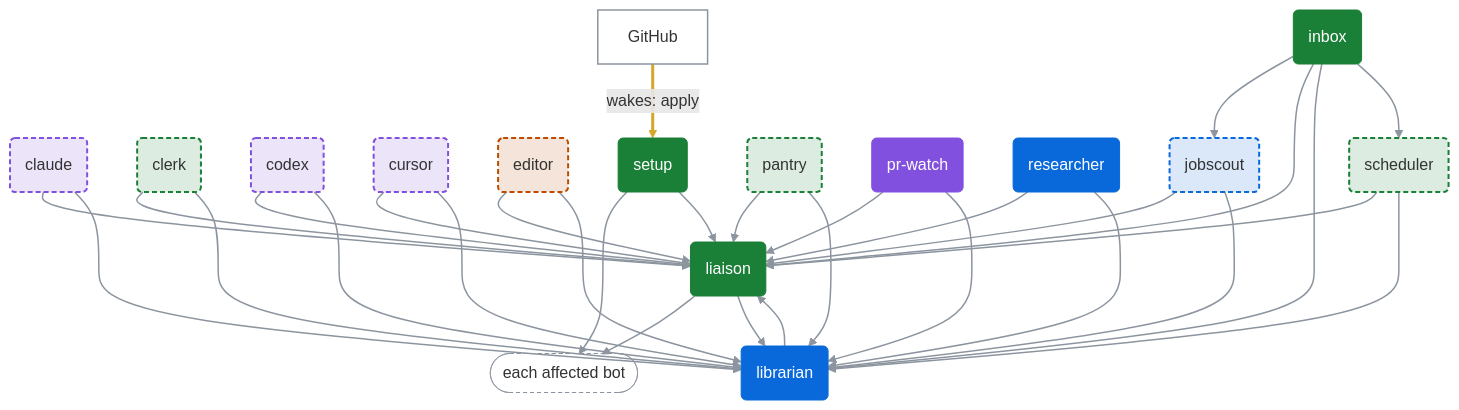
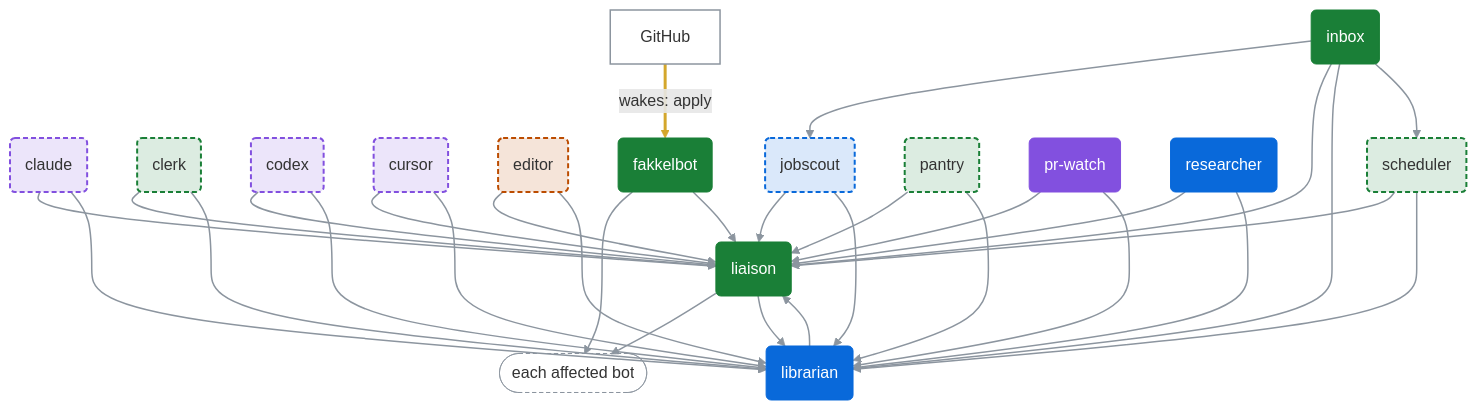
One commit to dfakkeldy/fakkelbot changed the first of 2 diagrams in docs/bot-chart.md. Above: the diagram before and after it, drawn with Mermaid. The commit also changed other lines of this file and 31 other files, not shown here.

First line of the commit message:
feat: rename the setup bot to fakkelbot (#24)

````diff
--- a/docs/bot-chart.md
+++ b/docs/bot-chart.md
@@ -13,70 +13,70 @@
 ```mermaid
 %%{init: {"flowchart": {"curve": "basis"}}}%%
 flowchart TB
     bot_claude("claude")
     bot_clerk("clerk")
     bot_codex("codex")
     bot_cursor("cursor")
     bot_editor("editor")
+    bot_fakkelbot("fakkelbot")
     bot_inbox("inbox")
     bot_jobscout("jobscout")
     bot_liaison("liaison")
     bot_librarian("librarian")
     bot_pantry("pantry")
     bot_pr_watch("pr-watch")
     bot_researcher("researcher")
     bot_scheduler("scheduler")
-    bot_setup("setup")
     fan_each_affected_bot(["each affected bot"])
     sys_github["GitHub"]
     bot_claude --> bot_liaison
     bot_claude --> bot_librarian
     bot_clerk --> bot_liaison
     bot_clerk --> bot_librarian
     bot_codex --> bot_liaison
     bot_codex --> bot_librarian
     bot_cursor --> bot_liaison
     bot_cursor --> bot_librarian
     bot_editor --> bot_liaison
     bot_editor --> bot_librarian
+    bot_fakkelbot --> fan_each_affected_bot
+    bot_fakkelbot --> bot_liaison
     bot_inbox --> bot_jobscout
     bot_inbox --> bot_liaison
     bot_inbox --> bot_librarian
     bot_inbox --> bot_scheduler
     bot_jobscout --> bot_liaison
     bot_jobscout --> bot_librarian
     bot_liaison --> fan_each_affected_bot
     bot_liaison --> bot_librarian
     bot_librarian --> bot_liaison
     bot_pantry --> bot_liaison
     bot_pantry --> bot_librarian
     bot_pr_watch --> bot_liaison
     bot_pr_watch --> bot_librarian
     bot_researcher --> bot_liaison
     bot_researcher --> bot_librarian
     bot_scheduler --> bot_liaison
     bot_scheduler --> bot_librarian
-    bot_setup --> fan_each_affected_bot
-    bot_setup --> bot_liaison
-    sys_github ==>|"wakes: apply"| bot_setup
+    sys_github ==>|"wakes: apply"| bot_fakkelbot
     classDef builders_optional fill:#8250df26,stroke:#8250df,stroke-width:2px,stroke-dasharray:5 3
     class bot_claude,bot_codex,bot_cursor builders_optional
     classDef daily_life_optional fill:#1a7f3726,stroke:#1a7f37,stroke-width:2px,stroke-dasharray:5 3
     class bot_clerk,bot_pantry,bot_scheduler daily_life_optional
     classDef content_optional fill:#bc4c0026,stroke:#bc4c00,stroke-width:2px,stroke-dasharray:5 3
     class bot_editor content_optional
     classDef daily_life fill:#1a7f37,stroke:#1a7f37,color:#ffffff
-    class bot_inbox,bot_liaison,bot_setup daily_life
+    class bot_fakkelbot,bot_inbox,bot_liaison daily_life
     classDef work_optional fill:#0969da26,stroke:#0969da,stroke-width:2px,stroke-dasharray:5 3
     class bot_jobscout work_optional
     classDef work fill:#0969da,stroke:#0969da,color:#ffffff
     class bot_librarian,bot_researcher work
     classDef builders fill:#8250df,stroke:#8250df,color:#ffffff
     class bot_pr_watch builders
     classDef system fill:transparent,stroke:#8c959f,stroke-width:1.5px
     class sys_github system
     classDef fan_out fill:transparent,stroke:#8c959f,stroke-dasharray:4 3
     class fan_each_affected_bot fan_out
     linkStyle 0,1,2,3,4,5,6,7,8,9,10,11,12,13,14,15,16,17,18,19,20,21,22,23,24,25,26,27,28 stroke:#8c959f,stroke-width:1.5px
     linkStyle 29 stroke:#d4a72c,stroke-width:3px
 ```
````
